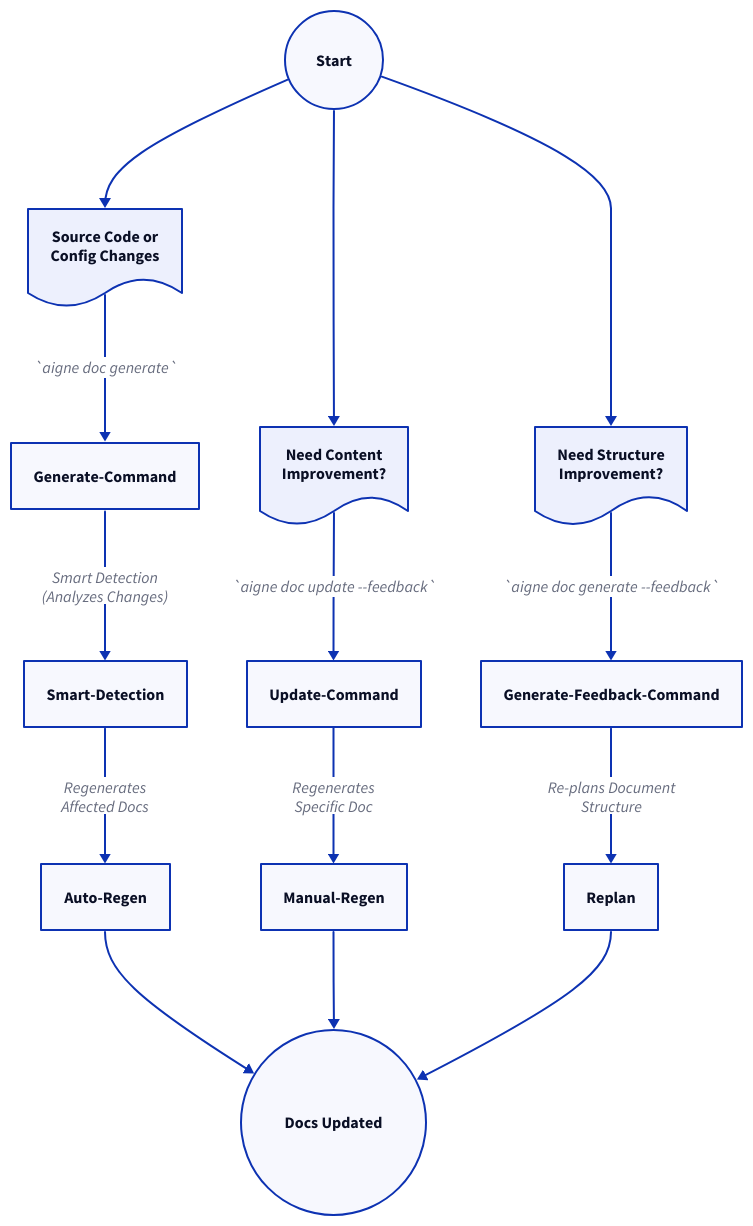
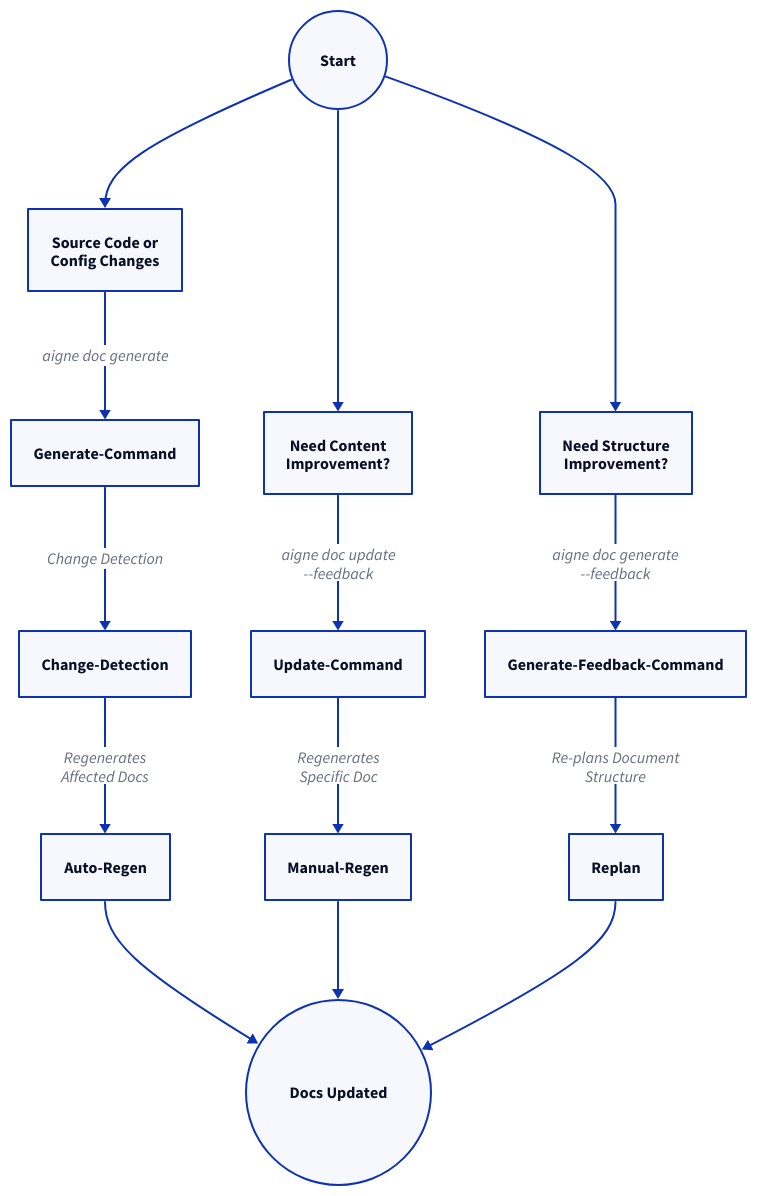
The diagram in docs/features-update-and-refine.md (AIGNE-io/aigne-doc-smith), drawn with D2 before and after one commit. The commit also changed other lines of this file and 35 other files, not shown here.

````diff
--- a/docs/features-update-and-refine.md
+++ b/docs/features-update-and-refine.md
@@ -18,50 +14,50 @@
 ```d2
 direction: down
 
 Start: {
   shape: circle
   label: "Start"
 }
 
 Code-Change: {
   label: "Source Code or\nConfig Changes"
-  shape: document
+  shape: rectangle
 }
 
 Content-Tweak: {
   label: "Need Content\nImprovement?"
-  shape: document
+  shape: rectangle
 }
 
 Structure-Tweak: {
   label: "Need Structure\nImprovement?"
-  shape: document
+  shape: rectangle
 }
 
 Start -> Code-Change
 Start -> Content-Tweak
 Start -> Structure-Tweak
 
-Code-Change -> Generate-Command: "`aigne doc generate`"
+Code-Change -> Generate-Command: "aigne doc generate"
 
-Generate-Command -> Smart-Detection: {
-  label: "Smart Detection\n(Analyzes Changes)"
+Generate-Command -> Change-Detection: {
+  label: "Change Detection"
   shape: diamond
 }
-Smart-Detection -> Auto-Regen: "Regenerates\nAffected Docs"
+Change-Detection -> Auto-Regen: "Regenerates\nAffected Docs"
 
-Content-Tweak -> Update-Command: "`aigne doc update --feedback`"
+Content-Tweak -> Update-Command: "aigne doc update\n--feedback"
 Update-Command -> Manual-Regen: "Regenerates\nSpecific Doc"
 
-Structure-Tweak -> Generate-Feedback-Command: "`aigne doc generate --feedback`"
+Structure-Tweak -> Generate-Feedback-Command: "aigne doc generate\n--feedback"
 Generate-Feedback-Command -> Replan: "Re-plans Document\nStructure"
 
 End: {
   shape: circle
   label: "Docs Updated"
 }
 
 Auto-Regen -> End
 Manual-Regen -> End
 Replan -> End
 ```
````
